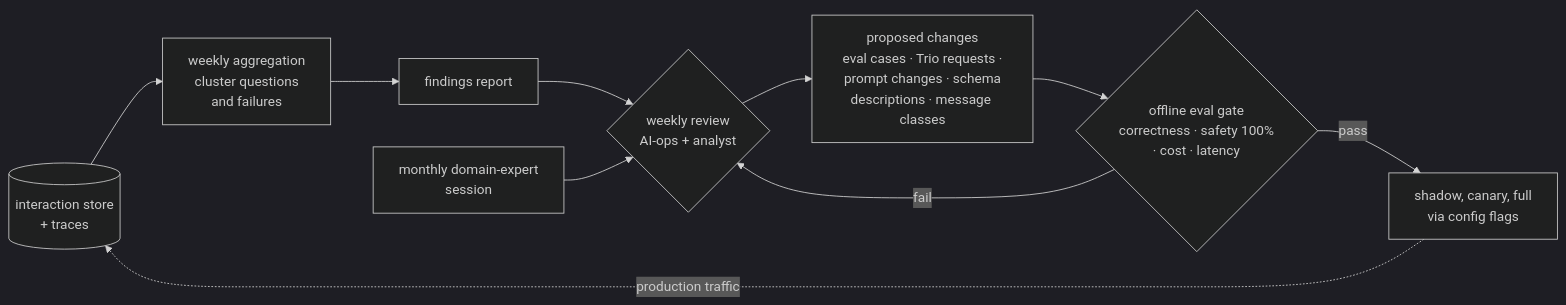
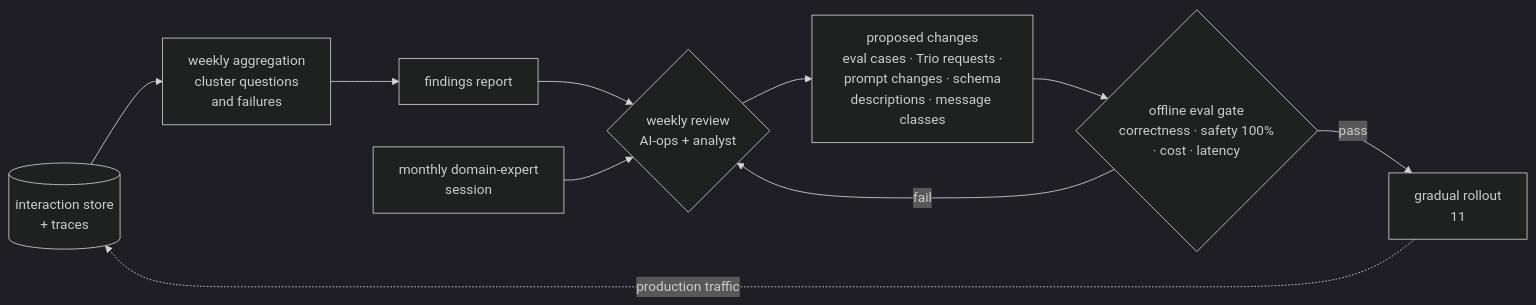
One commit to sternyishai/opsfleet-test changed the second of 2 diagrams in docs/hld/05-learning-loop.md. Above: the diagram before and after it, drawn with Mermaid (dark theme). The commit also changed other lines of this file and 3 other files, not shown here.

````diff
--- a/docs/hld/05-learning-loop.md
+++ b/docs/hld/05-learning-loop.md
@@ -72,12 +72,12 @@
 ```mermaid
 flowchart LR
     A[(interaction store<br/>+ traces)] --> B[weekly aggregation<br/>cluster questions<br/>and failures]
     B --> C[findings report]
     C --> D{weekly review<br/>AI-ops + analyst}
     X[monthly domain-expert<br/>session] --> D
     D --> E[proposed changes<br/>eval cases · Trio requests ·<br/>prompt changes · schema<br/>descriptions · message classes]
     E --> G{offline eval gate<br/>correctness · safety 100%<br/>· cost · latency}
     G -- fail --> D
-    G -- pass --> H[shadow, canary, full<br/>via config flags]
+    G -- pass --> H[gradual rollout<br/>11]
     H -. production traffic .-> A
 ```
````
